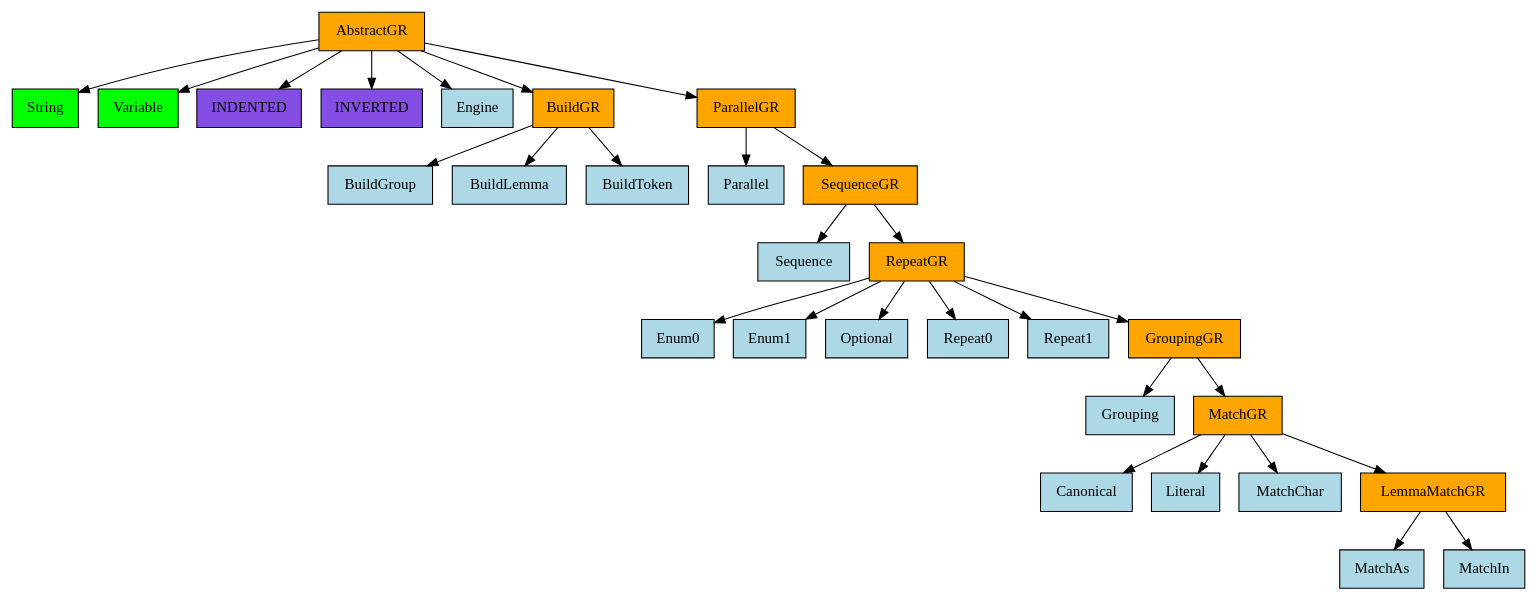
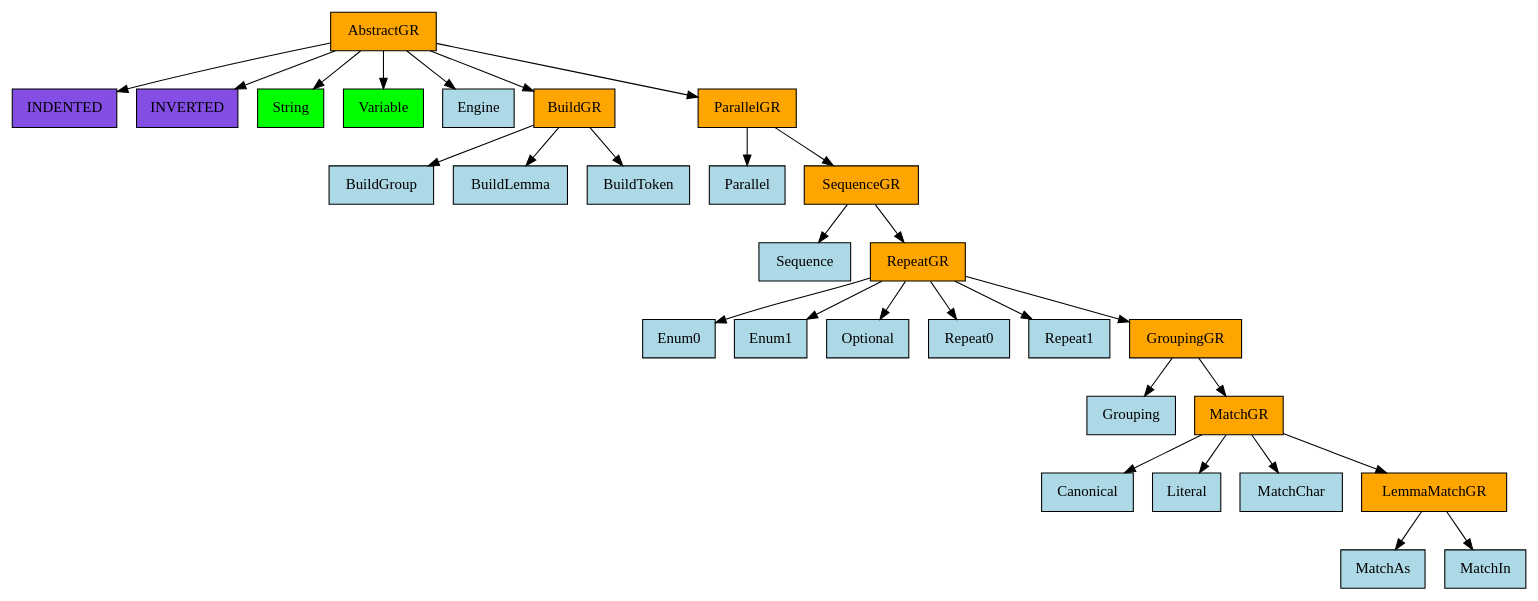
One commit to GabrielAmare/Language changed the diagram in language/base/bnf/v0_0_1/mro_graph.gv. Above: the diagram before and after it, drawn with Graphviz. The commit also changed 9 other files, not shown here.

```diff
--- a/language/base/bnf/v0_0_1/mro_graph.gv
+++ b/language/base/bnf/v0_0_1/mro_graph.gv
@@ -1,59 +1,59 @@
 digraph {
-	0 [label=AbstractGR fillcolor=orange shape=rect style=filled]
-	1 [label=String fillcolor=lime shape=rect style=filled]
-	2 [label=Variable fillcolor=lime shape=rect style=filled]
-	3 [label=INDENTED fillcolor="#844de3" shape=rect style=filled]
-	4 [label=INVERTED fillcolor="#844de3" shape=rect style=filled]
-	5 [label=Engine fillcolor=lightblue shape=rect style=filled]
-	6 [label=BuildGR fillcolor=orange shape=rect style=filled]
-	7 [label=ParallelGR fillcolor=orange shape=rect style=filled]
-	8 [label=BuildGroup fillcolor=lightblue shape=rect style=filled]
-	9 [label=BuildLemma fillcolor=lightblue shape=rect style=filled]
-	10 [label=BuildToken fillcolor=lightblue shape=rect style=filled]
-	11 [label=Parallel fillcolor=lightblue shape=rect style=filled]
-	12 [label=SequenceGR fillcolor=orange shape=rect style=filled]
-	13 [label=Sequence fillcolor=lightblue shape=rect style=filled]
-	14 [label=RepeatGR fillcolor=orange shape=rect style=filled]
-	15 [label=Enum0 fillcolor=lightblue shape=rect style=filled]
-	16 [label=Enum1 fillcolor=lightblue shape=rect style=filled]
-	17 [label=Optional fillcolor=lightblue shape=rect style=filled]
-	18 [label=Repeat0 fillcolor=lightblue shape=rect style=filled]
-	19 [label=Repeat1 fillcolor=lightblue shape=rect style=filled]
-	20 [label=GroupingGR fillcolor=orange shape=rect style=filled]
-	21 [label=Grouping fillcolor=lightblue shape=rect style=filled]
-	22 [label=MatchGR fillcolor=orange shape=rect style=filled]
-	23 [label=Canonical fillcolor=lightblue shape=rect style=filled]
-	24 [label=Literal fillcolor=lightblue shape=rect style=filled]
-	25 [label=MatchChar fillcolor=lightblue shape=rect style=filled]
-	26 [label=LemmaMatchGR fillcolor=orange shape=rect style=filled]
-	27 [label=MatchAs fillcolor=lightblue shape=rect style=filled]
-	28 [label=MatchIn fillcolor=lightblue shape=rect style=filled]
-	0 -> 1
-	0 -> 2
-	0 -> 3
-	0 -> 4
-	0 -> 5
-	0 -> 6
-	0 -> 7
-	6 -> 8
-	6 -> 9
-	6 -> 10
-	7 -> 11
-	7 -> 12
-	12 -> 13
-	12 -> 14
-	14 -> 15
-	14 -> 16
-	14 -> 17
-	14 -> 18
-	14 -> 19
-	14 -> 20
-	20 -> 21
-	20 -> 22
-	22 -> 23
-	22 -> 24
-	22 -> 25
-	22 -> 26
-	26 -> 27
-	26 -> 28
+	AbstractGR [label=AbstractGR fillcolor=orange shape=rect style=filled]
+	AbstractGR -> _Indented
+	AbstractGR -> _Inverted
+	AbstractGR -> String
+	AbstractGR -> Variable
+	AbstractGR -> Engine
+	AbstractGR -> BuildGR
+	AbstractGR -> ParallelGR
+	_Indented [label=INDENTED fillcolor="#844de3" shape=rect style=filled]
+	_Inverted [label=INVERTED fillcolor="#844de3" shape=rect style=filled]
+	String [label=String fillcolor=lime shape=rect style=filled]
+	Variable [label=Variable fillcolor=lime shape=rect style=filled]
+	Engine [label=Engine fillcolor=lightblue shape=rect style=filled]
+	BuildGR [label=BuildGR fillcolor=orange shape=rect style=filled]
+	BuildGR -> BuildGroup
+	BuildGR -> BuildLemma
+	BuildGR -> BuildToken
+	ParallelGR [label=ParallelGR fillcolor=orange shape=rect style=filled]
+	ParallelGR -> Parallel
+	ParallelGR -> SequenceGR
+	BuildGroup [label=BuildGroup fillcolor=lightblue shape=rect style=filled]
+	BuildLemma [label=BuildLemma fillcolor=lightblue shape=rect style=filled]
+	BuildToken [label=BuildToken fillcolor=lightblue shape=rect style=filled]
+	Parallel [label=Parallel fillcolor=lightblue shape=rect style=filled]
+	SequenceGR [label=SequenceGR fillcolor=orange shape=rect style=filled]
+	SequenceGR -> Sequence
+	SequenceGR -> RepeatGR
+	Sequence [label=Sequence fillcolor=lightblue shape=rect style=filled]
+	RepeatGR [label=RepeatGR fillcolor=orange shape=rect style=filled]
+	RepeatGR -> Enum0
+	RepeatGR -> Enum1
+	RepeatGR -> Optional
+	RepeatGR -> Repeat0
+	RepeatGR -> Repeat1
+	RepeatGR -> GroupingGR
+	Enum0 [label=Enum0 fillcolor=lightblue shape=rect style=filled]
+	Enum1 [label=Enum1 fillcolor=lightblue shape=rect style=filled]
+	Optional [label=Optional fillcolor=lightblue shape=rect style=filled]
+	Repeat0 [label=Repeat0 fillcolor=lightblue shape=rect style=filled]
+	Repeat1 [label=Repeat1 fillcolor=lightblue shape=rect style=filled]
+	GroupingGR [label=GroupingGR fillcolor=orange shape=rect style=filled]
+	GroupingGR -> Grouping
+	GroupingGR -> MatchGR
+	Grouping [label=Grouping fillcolor=lightblue shape=rect style=filled]
+	MatchGR [label=MatchGR fillcolor=orange shape=rect style=filled]
+	MatchGR -> Canonical
+	MatchGR -> Literal
+	MatchGR -> MatchChar
+	MatchGR -> LemmaMatchGR
+	Canonical [label=Canonical fillcolor=lightblue shape=rect style=filled]
+	Literal [label=Literal fillcolor=lightblue shape=rect style=filled]
+	MatchChar [label=MatchChar fillcolor=lightblue shape=rect style=filled]
+	LemmaMatchGR [label=LemmaMatchGR fillcolor=orange shape=rect style=filled]
+	LemmaMatchGR -> MatchAs
+	LemmaMatchGR -> MatchIn
+	MatchAs [label=MatchAs fillcolor=lightblue shape=rect style=filled]
+	MatchIn [label=MatchIn fillcolor=lightblue shape=rect style=filled]
 }
```
